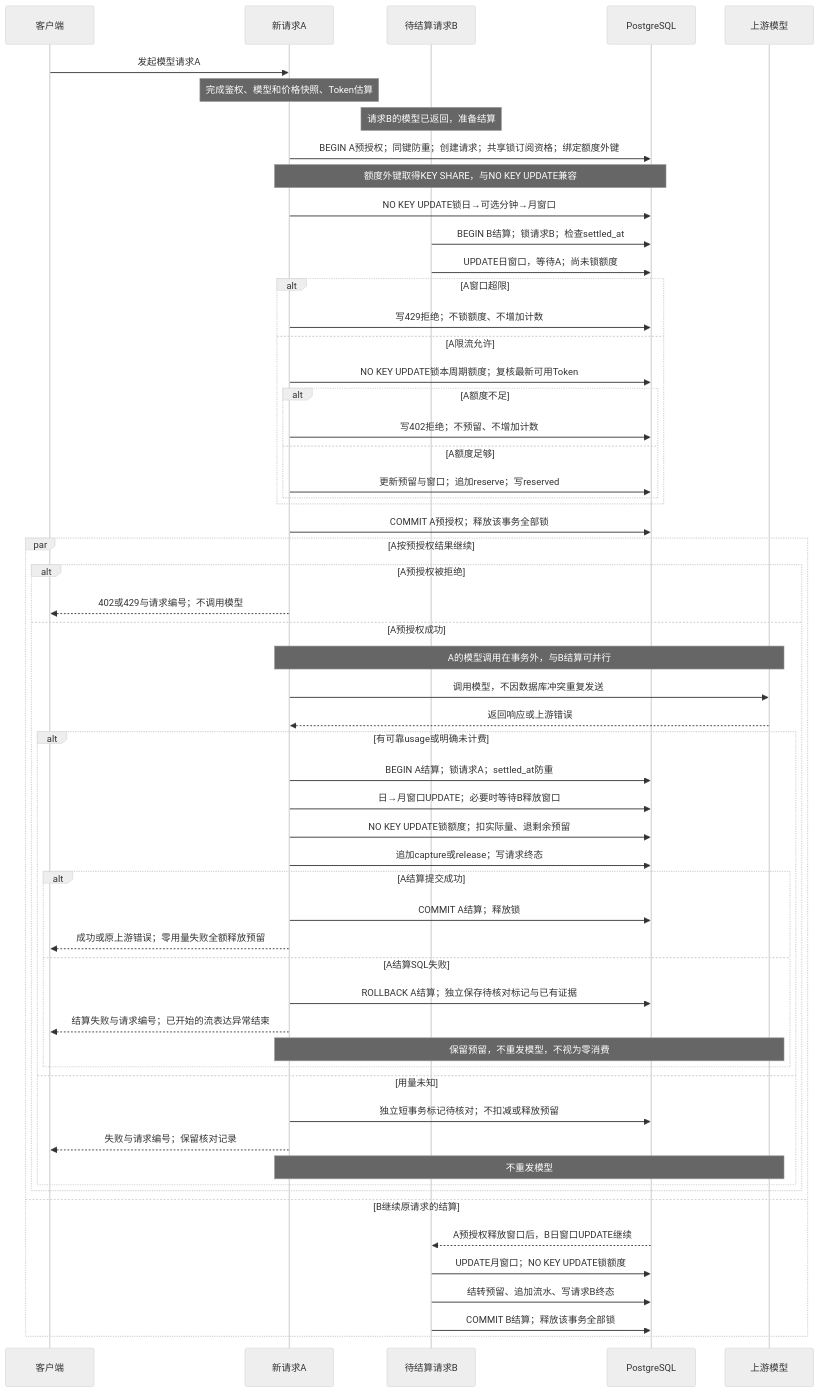
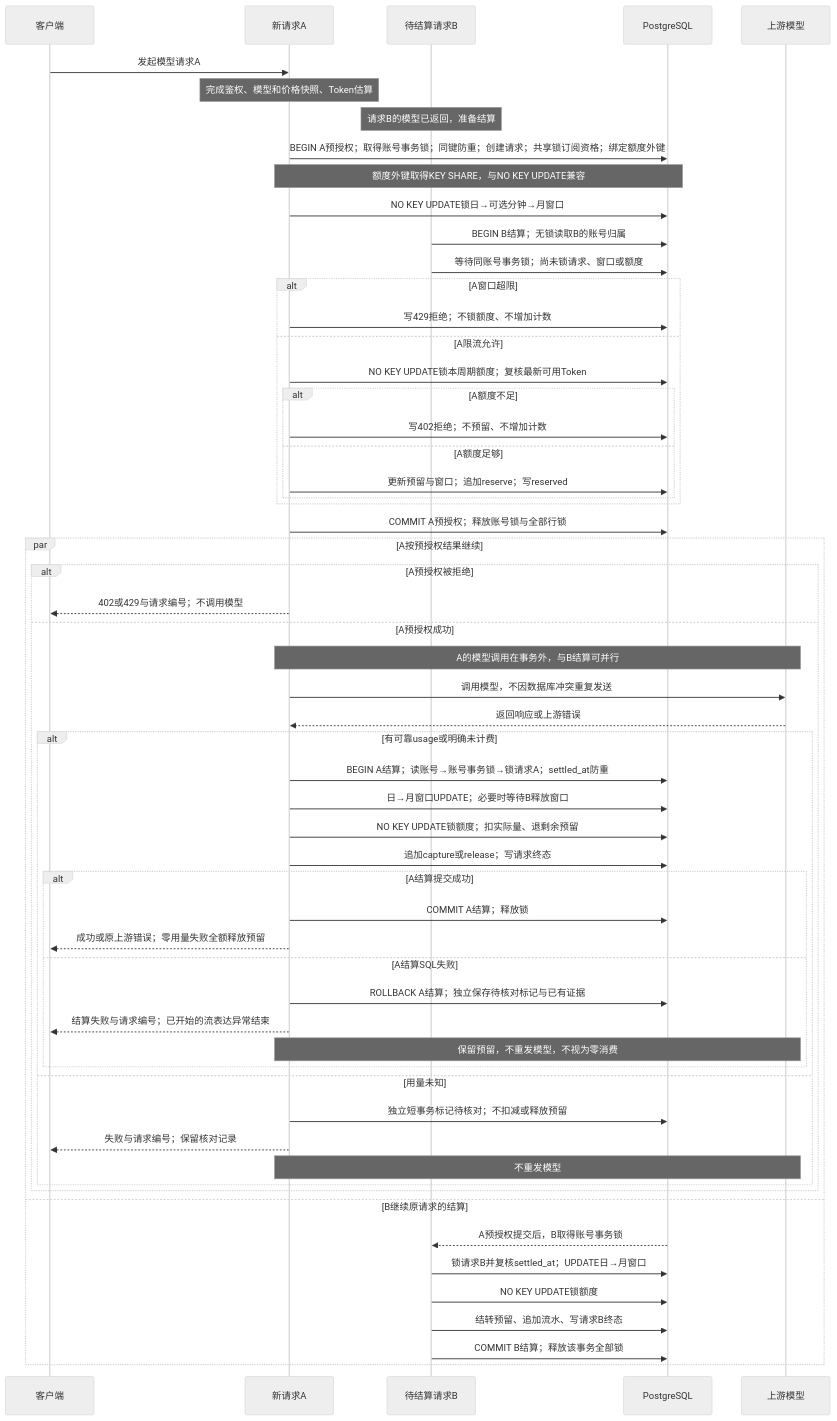
Before and after one commit to glide-the/dream-im-platform: the fourth of 4 diagrams in docs/architecture/gateway-deadlock-analysis-and-design.md, drawn with Mermaid (neutral theme). The commit also changed other lines of this file and 15 other files, not shown here.

````diff
--- a/docs/architecture/gateway-deadlock-analysis-and-design.md
+++ b/docs/architecture/gateway-deadlock-analysis-and-design.md
@@ -306,59 +305,60 @@
 ```mermaid
 sequenceDiagram
     participant C as 客户端
     participant A as 新请求A
     participant B as 待结算请求B
     participant DB as PostgreSQL
     participant M as 上游模型
     C->>A: 发起模型请求A
     Note over A: 完成鉴权、模型和价格快照、Token估算
     Note over B: 请求B的模型已返回，准备结算
-    A->>DB: BEGIN A预授权；同键防重；创建请求；共享锁订阅资格；绑定额度外键
+    A->>DB: BEGIN A预授权；取得账号事务锁；同键防重；创建请求；共享锁订阅资格；绑定额度外键
     Note over A,DB: 额度外键取得KEY SHARE，与NO KEY UPDATE兼容
     A->>DB: NO KEY UPDATE锁日→可选分钟→月窗口
-    B->>DB: BEGIN B结算；锁请求B；检查settled_at
-    B->>DB: UPDATE日窗口，等待A；尚未锁额度
+    B->>DB: BEGIN B结算；无锁读取B的账号归属
+    B->>DB: 等待同账号事务锁；尚未锁请求、窗口或额度
     alt A窗口超限
         A->>DB: 写429拒绝；不锁额度、不增加计数
     else A限流允许
         A->>DB: NO KEY UPDATE锁本周期额度；复核最新可用Token
         alt A额度不足
             A->>DB: 写402拒绝；不预留、不增加计数
         else A额度足够
             A->>DB: 更新预留与窗口；追加reserve；写reserved
         end
     end
-    A->>DB: COMMIT A预授权；释放该事务全部锁
+    A->>DB: COMMIT A预授权；释放账号锁与全部行锁
     par A按预授权结果继续
         alt A预授权被拒绝
             A-->>C: 402或429与请求编号；不调用模型
         else A预授权成功
             Note over A,M: A的模型调用在事务外，与B结算可并行
             A->>M: 调用模型，不因数据库冲突重复发送
             M-->>A: 返回响应或上游错误
             alt 有可靠usage或明确未计费
-                A->>DB: BEGIN A结算；锁请求A；settled_at防重
+                A->>DB: BEGIN A结算；读账号→账号事务锁→锁请求A；settled_at防重
                 A->>DB: 日→月窗口UPDATE；必要时等待B释放窗口
                 A->>DB: NO KEY UPDATE锁额度；扣实际量、退剩余预留
                 A->>DB: 追加capture或release；写请求终态
                 alt A结算提交成功
                     A->>DB: COMMIT A结算；释放锁
                     A-->>C: 成功或原上游错误；零用量失败全额释放预留
                 else A结算SQL失败
                     A->>DB: ROLLBACK A结算；独立保存待核对标记与已有证据
                     A-->>C: 结算失败与请求编号；已开始的流表达异常结束
                     Note over A,M: 保留预留，不重发模型，不视为零消费
                 end
             else 用量未知
                 A->>DB: 独立短事务标记待核对；不扣减或释放预留
                 A-->>C: 失败与请求编号；保留核对记录
                 Note over A,M: 不重发模型
             end
         end
     and B继续原请求的结算
-        DB-->>B: A预授权释放窗口后，B日窗口UPDATE继续
-        B->>DB: UPDATE月窗口；NO KEY UPDATE锁额度
+        DB-->>B: A预授权提交后，B取得账号事务锁
+        B->>DB: 锁请求B并复核settled_at；UPDATE日→月窗口
+        B->>DB: NO KEY UPDATE锁额度
         B->>DB: 结转预留、追加流水、写请求B终态
         B->>DB: COMMIT B结算；释放该事务全部锁
     end
 ```
````
